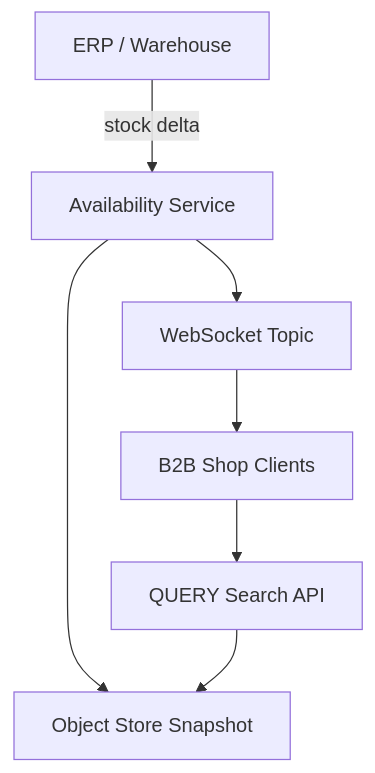
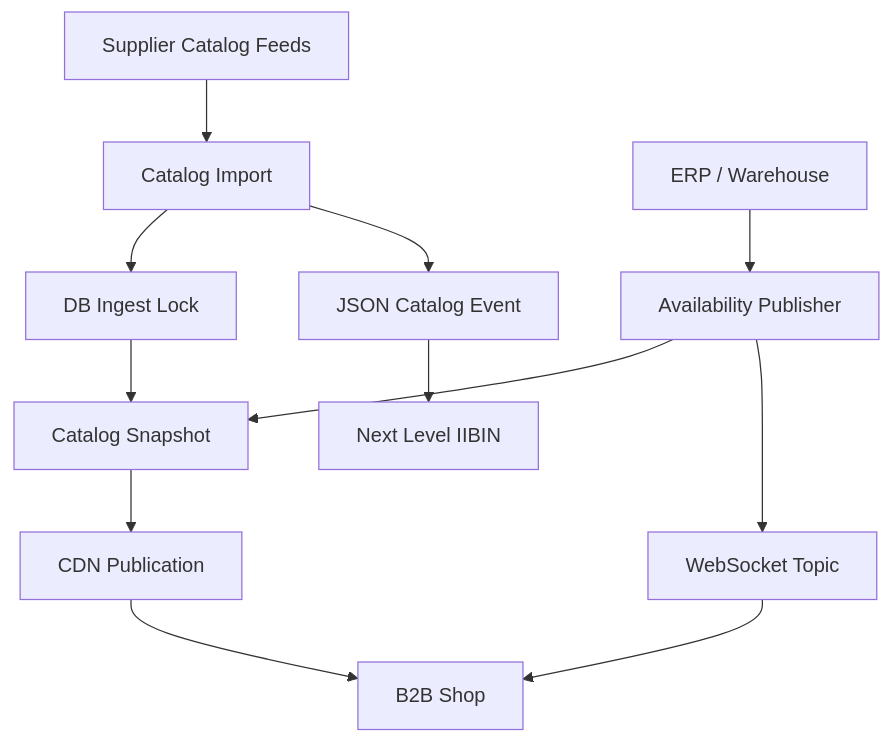
The ninth of 12 diagrams in docs/e-invoicing-commerce-platform.md (Intelligent-Intern/king), drawn with Mermaid before and after one commit. The commit also changed other lines of this file and 67 other files, not shown here.

````diff
--- a/docs/e-invoicing-commerce-platform.md
+++ b/docs/e-invoicing-commerce-platform.md
@@ -310,16 +454,19 @@
 ```mermaid
 flowchart TB
+    Feeds[Supplier Catalog Feeds]
+    Import[Catalog Import]
+    Lock[DB Ingest Lock]
+    Snapshot[Catalog Snapshot]
+    CDN[CDN Publication]
     ERP[ERP / Warehouse]
-    Availability[Availability Service]
-    Store[Object Store Snapshot]
-    Topic[WebSocket Topic]
-    Shop[B2B Shop Clients]
-    Search[QUERY Search API]
+    Availability[Availability Publisher]
+    WS[WebSocket Topic]
+    Shop[B2B Shop]
+    Json[JSON Catalog Event]
+    Iibin[Next Level IIBIN]
 
-    ERP -->|stock delta| Availability
-    Availability --> Store
-    Availability --> Topic
-    Topic --> Shop
-    Shop --> Search
-    Search --> Store
+    Feeds --> Import --> Lock --> Snapshot --> CDN --> Shop
+    ERP --> Availability --> Snapshot
+    Availability --> WS --> Shop
+    Import --> Json --> Iibin
 ```
````
